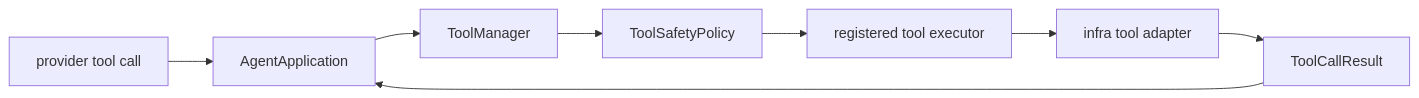
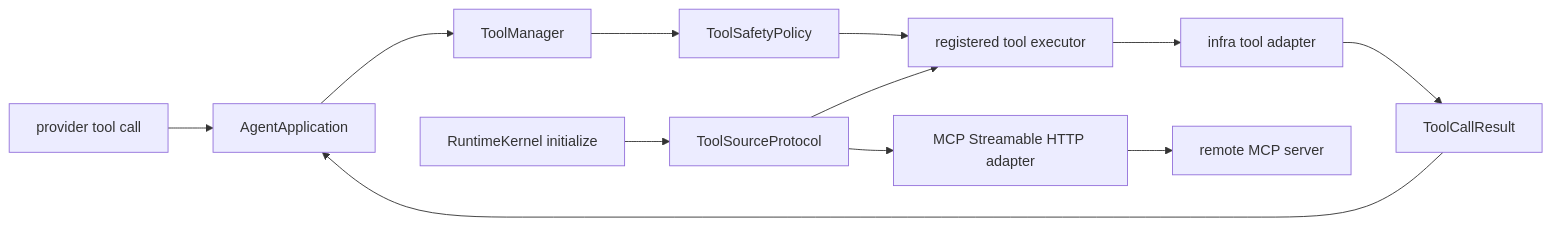
Before and after one commit to Evernight275/EvernightAI: the fifth of 5 diagrams in docs/architecture-dependencies.md, drawn with Mermaid. The commit also changed 26 other files, not shown here.

Commit message:
feat: add remote MCP tool support

````diff
--- a/docs/architecture-dependencies.md
+++ b/docs/architecture-dependencies.md
@@ -211,10 +211,14 @@
 ```mermaid
 flowchart LR
     Model["provider tool call"] --> AgentApp["AgentApplication"]
     AgentApp --> ToolManager["ToolManager"]
     ToolManager --> Policy["ToolSafetyPolicy"]
     Policy --> Executor["registered tool executor"]
     Executor --> Adapter["infra tool adapter"]
+    Runtime["RuntimeKernel initialize"] --> Source["ToolSourceProtocol"]
+    Source --> McpAdapter["MCP Streamable HTTP adapter"]
+    McpAdapter --> Remote["remote MCP server"]
+    Source --> Executor
     Adapter --> Result["ToolCallResult"]
     Result --> AgentApp
 ```
````
